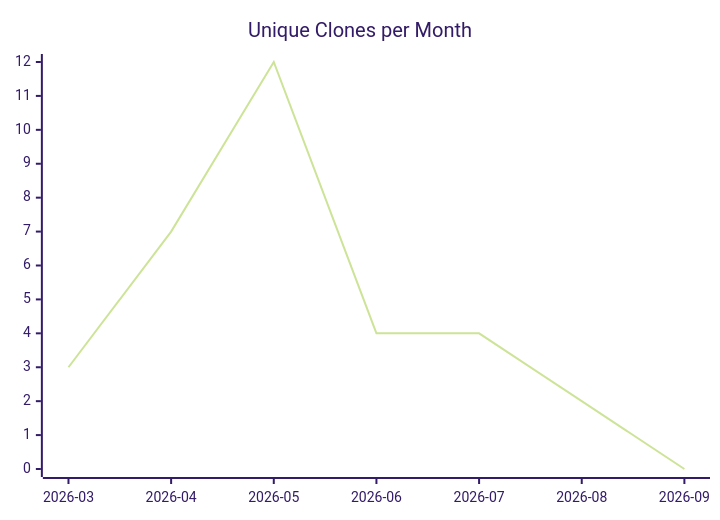
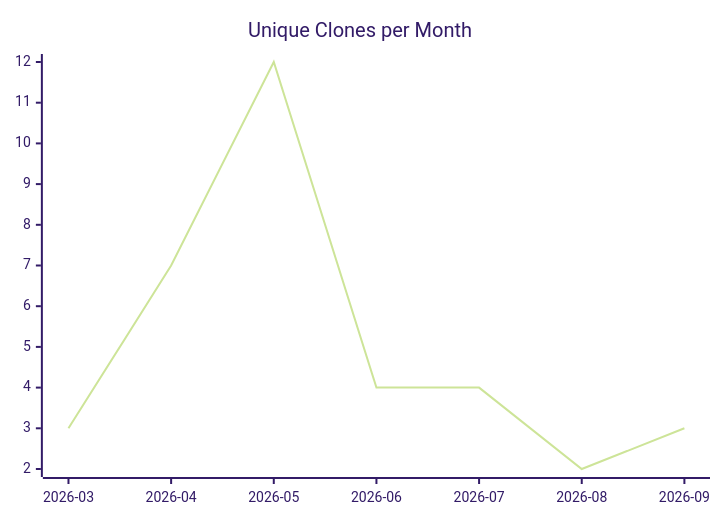
One commit to justdavis-family/github-analytics-data changed the third of 3 diagrams in karlmdavis/perfect-note/README.md. Above: the diagram before and after it, drawn with Mermaid (forest theme). The commit also changed other lines of this file and 191 other files, not shown here.

````diff
--- a/karlmdavis/perfect-note/README.md
+++ b/karlmdavis/perfect-note/README.md
@@ -19,6 +19,6 @@
 ```mermaid
 xychart-beta
   title "Unique Clones per Month"
   x-axis ["2026-03", "2026-04", "2026-05", "2026-06", "2026-07", "2026-08", "2026-09"]
-  line [3, 7, 12, 4, 4, 2, 0]
+  line [3, 7, 12, 4, 4, 2, 3]
 ```
````
